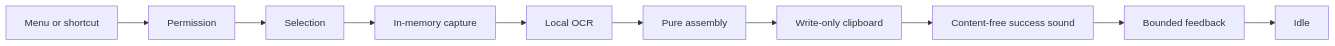
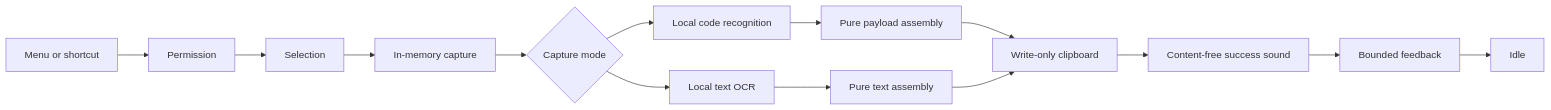
The diagram in docs/architecture/capture-workflow.md (bennetthilberg/copylasso), drawn with Mermaid before and after one commit. The commit also changed other lines of this file and 56 other files, not shown here.

Commit message:
add on-screen code recognition

````diff
--- a/docs/architecture/capture-workflow.md
+++ b/docs/architecture/capture-workflow.md
@@ -7,12 +7,16 @@
 ```mermaid
 flowchart LR
   Request["Menu or shortcut"] --> Permission["Permission"]
   Permission --> Selection["Selection"]
   Selection --> Capture["In-memory capture"]
-  Capture --> OCR["Local OCR"]
-  OCR --> Assembly["Pure assembly"]
+  Capture --> Mode{"Capture mode"}
+  Mode --> OCR["Local text OCR"]
+  Mode --> Barcode["Local code recognition"]
+  OCR --> Assembly["Pure text assembly"]
+  Barcode --> CodeAssembly["Pure payload assembly"]
+  CodeAssembly --> Clipboard
   Assembly --> Clipboard["Write-only clipboard"]
   Clipboard --> Sound["Content-free success sound"]
   Sound --> Feedback["Bounded feedback"]
   Feedback --> Idle["Idle"]
 ```
````
